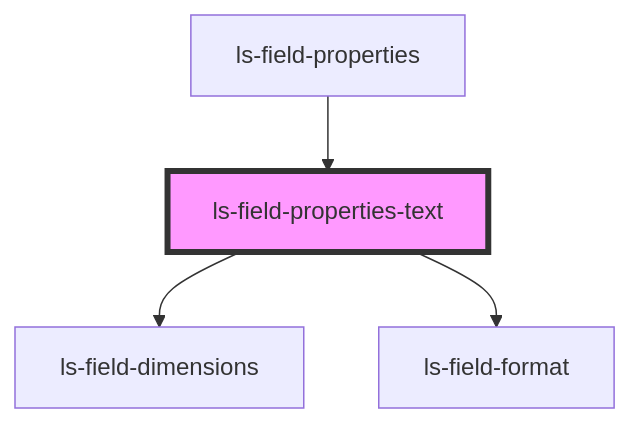
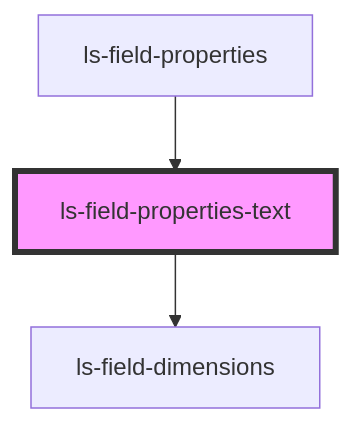
Before and after one commit to legalesign/ls-document-viewer: the diagram in src/components/ls-field-properties-text/readme.md, drawn with Mermaid. The commit also changed other lines of this file and 18 other files, not shown here.

````diff
--- a/src/components/ls-field-properties-text/readme.md
+++ b/src/components/ls-field-properties-text/readme.md
@@ -27,7 +26,6 @@
 ```mermaid
 graph TD;
   ls-field-properties-text --> ls-field-dimensions
-  ls-field-properties-text --> ls-field-format
   ls-field-properties --> ls-field-properties-text
   style ls-field-properties-text fill:#f9f,stroke:#333,stroke-width:4px
 ```
````
